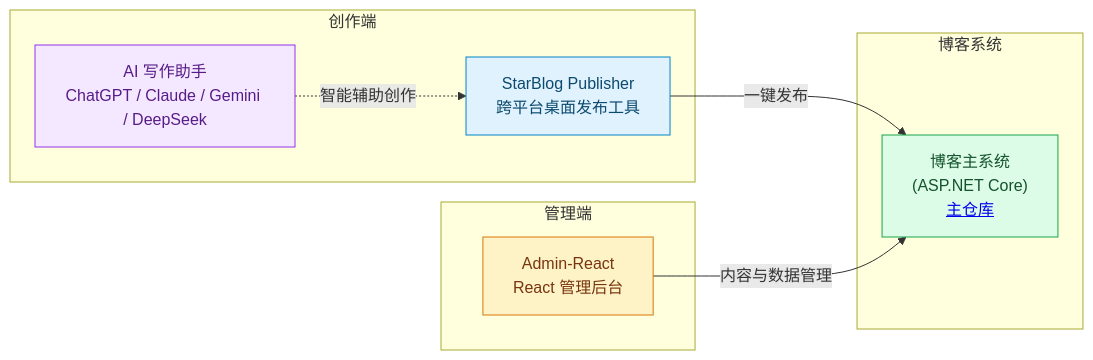
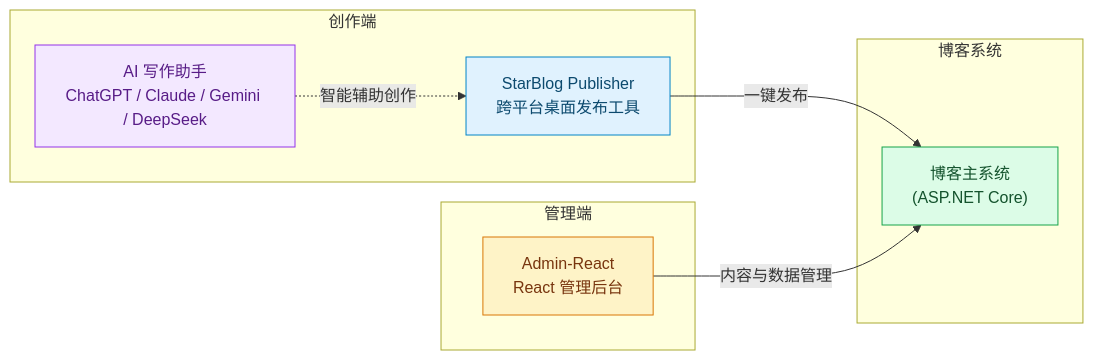
Before and after one commit to star-blog/.github: the diagram in profile/README.md, drawn with Mermaid. The commit also changed other lines of this file, not shown here.

````diff
--- a/profile/README.md
+++ b/profile/README.md
@@ -13,24 +13,24 @@
 ```mermaid
 graph LR
     subgraph 创作端
         P["StarBlog Publisher<br/>跨平台桌面发布工具"]
         AI["AI 写作助手<br/>ChatGPT / Claude / Gemini / DeepSeek"]
     end
 
     subgraph 管理端
         A["Admin-React<br/>React 管理后台"]
     end
 
     subgraph 博客系统
-        S["博客主系统<br/>(ASP.NET Core)<br/><a href='https://github.com/Deali-Axy/StarBlog'>主仓库</a>"]
+        S["博客主系统<br/>(ASP.NET Core)"]
     end
 
     P -->|"一键发布"| S
     A -->|"内容与数据管理"| S
     AI -.->|"智能辅助创作"| P
 
     style P fill:#e0f2fe,stroke:#0284c7,color:#0c4a6e
     style A fill:#fef3c7,stroke:#d97706,color:#78350f
     style S fill:#dcfce7,stroke:#16a34a,color:#14532d
     style AI fill:#f3e8ff,stroke:#9333ea,color:#581c87
 ```
````
